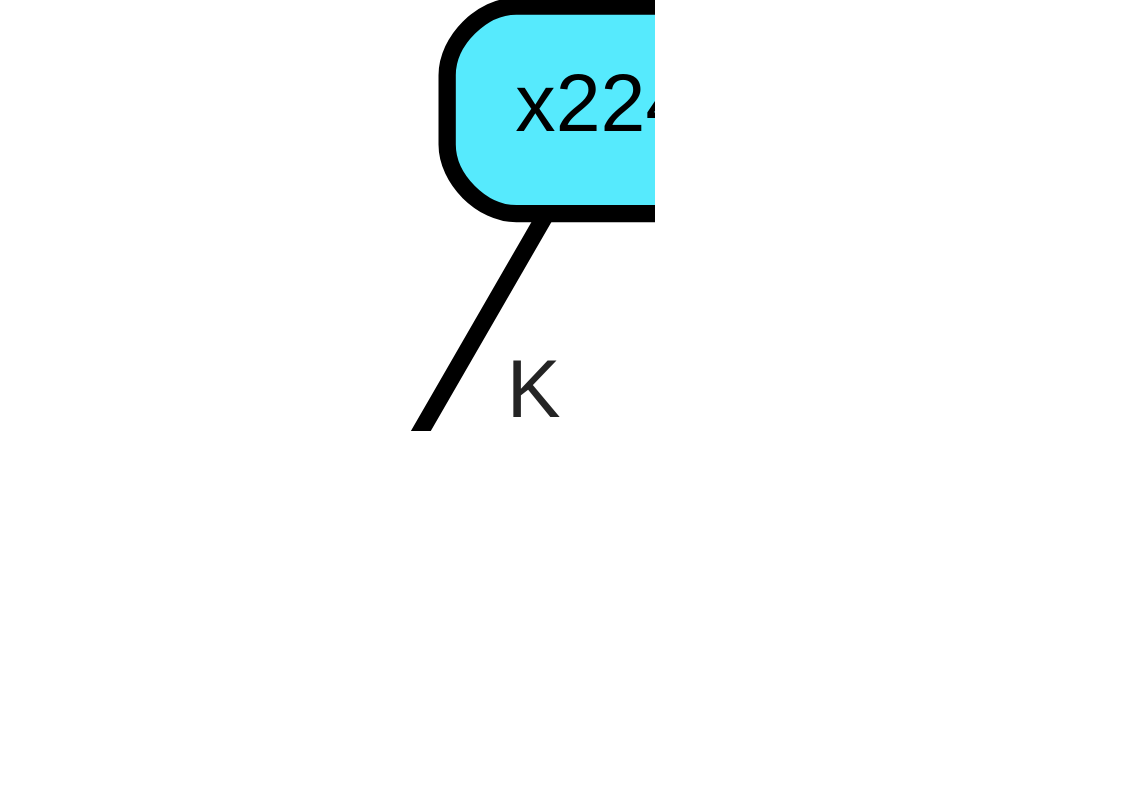
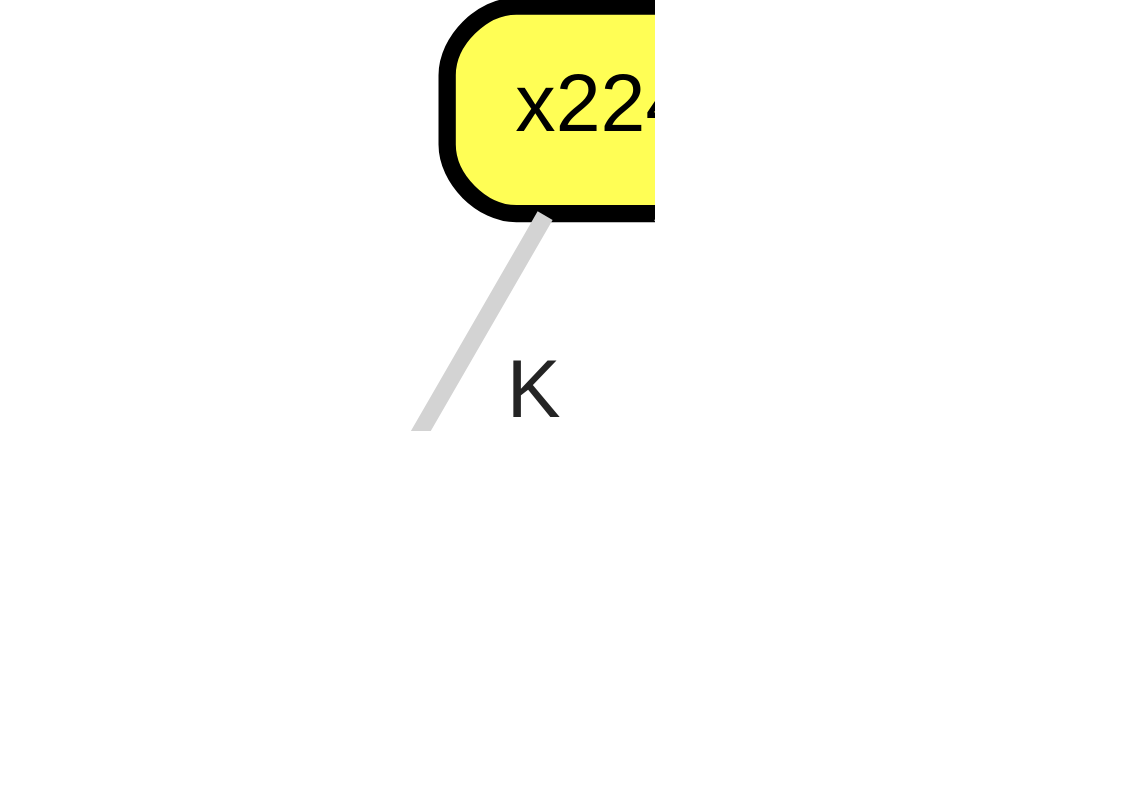
One commit to zeroknowledgediscovery/emergenet changed the diagram in qnet_predictions/qnet_models/trees/507.dot. Above: the diagram before and after it, drawn with Graphviz. The commit also changed 1724 other files, not shown here.

```diff
--- a/qnet_predictions/qnet_models/trees/507.dot
+++ b/qnet_predictions/qnet_models/trees/507.dot
@@ -1,14 +1,14 @@
 graph Tree {
 node [shape=box, style="filled, rounded",color="black",penwidth="3",fontcolor="black",                 fontname=helvetica] ;
 graph [ranksep="0 equally", splines=straight,                 bgcolor=transparent, dpi=200] ;
-edge [fontname=helvetica, fontweight=bold,fontcolor=grey14,color=black] ;
+edge [fontname=helvetica, fontweight=bold,fontcolor=grey14,color=lightgray] ;
 0 [label="E
 Prob: 1.0
-Frac: 0.983", fillcolor="#55ebff"] ;
-1 [label="x224", fillcolor="#56eafd"] ;
+Frac: 0.983", fillcolor="#ffff55"] ;
+1 [label="x224", fillcolor="#fffe55"] ;
 2 [label="A
 Prob: 0.5
-Frac: 0.017", fillcolor="#aad6aa"] ;
+Frac: 0.017", fillcolor="#ffe055"] ;
 1 -- 0 [label=" K",penwidth=3] ;
 1 -- 2 [label=" Q\n R",penwidth=3] ;
 {rank = same;}}
```
